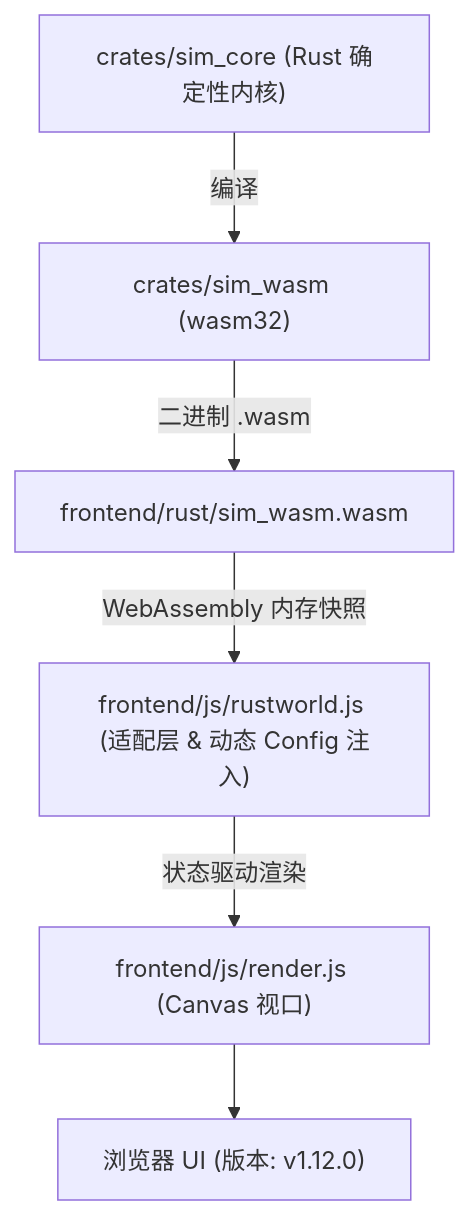
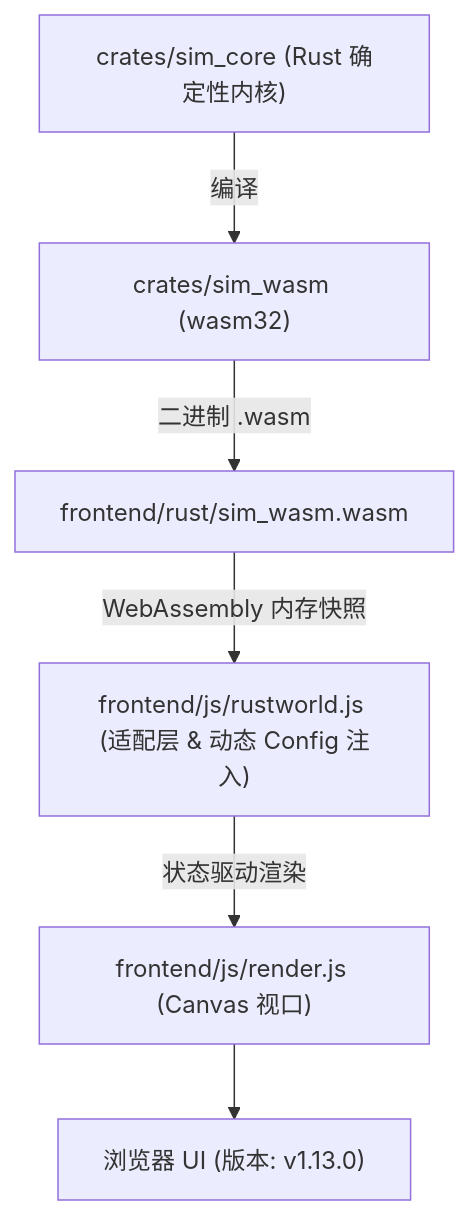
One commit to g39088902/FlowAndAccord changed the diagram in AGENTS.md. Above: the diagram before and after it, drawn with Mermaid. The commit also changed other lines of this file and 40 other files, not shown here.

````diff
--- a/AGENTS.md
+++ b/AGENTS.md
@@ -50,8 +50,8 @@
 ```mermaid
 graph TD
     A["crates/sim_core (Rust 确定性内核)"] -->|编译| B["crates/sim_wasm (wasm32)"]
     B -->|二进制 .wasm| C["frontend/rust/sim_wasm.wasm"]
     C -->|WebAssembly 内存快照| D["frontend/js/rustworld.js (适配层 & 动态 Config 注入)"]
     D -->|状态驱动渲染| E["frontend/js/render.js (Canvas 视口)"]
-    E --> F["浏览器 UI (版本: v1.12.0)"]
+    E --> F["浏览器 UI (版本: v1.13.0)"]
 ```
````
